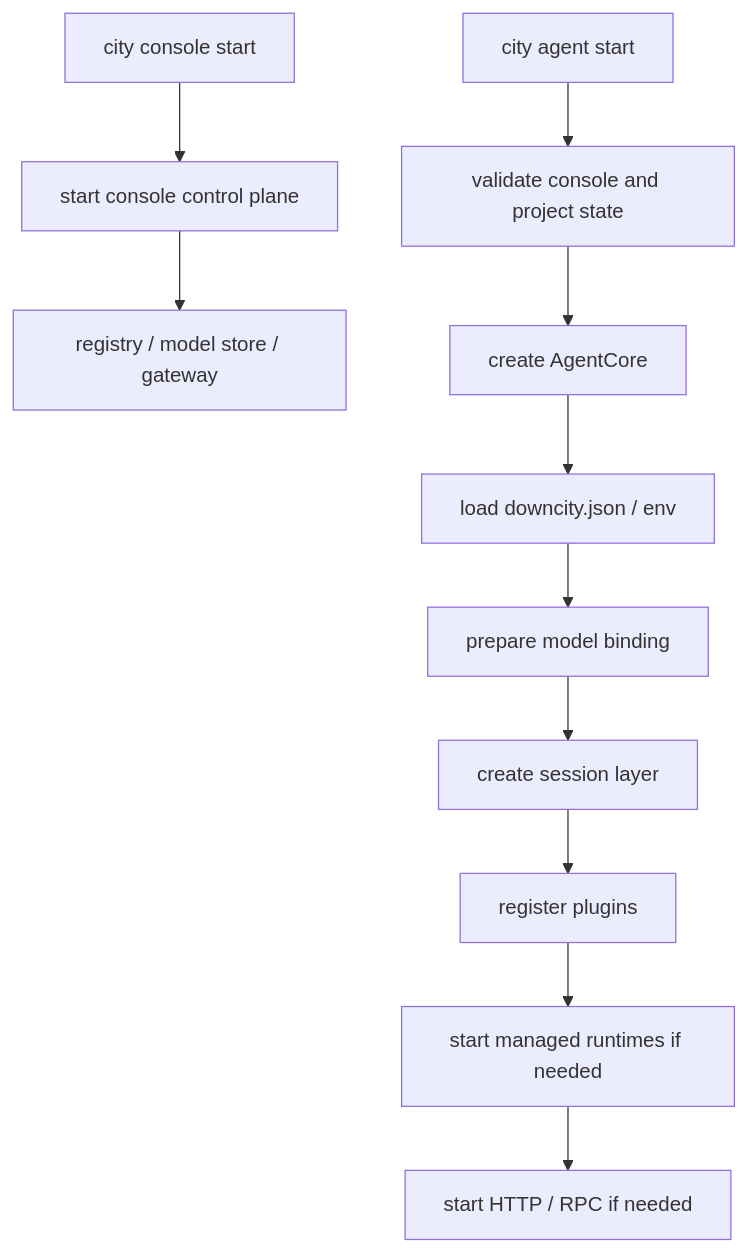
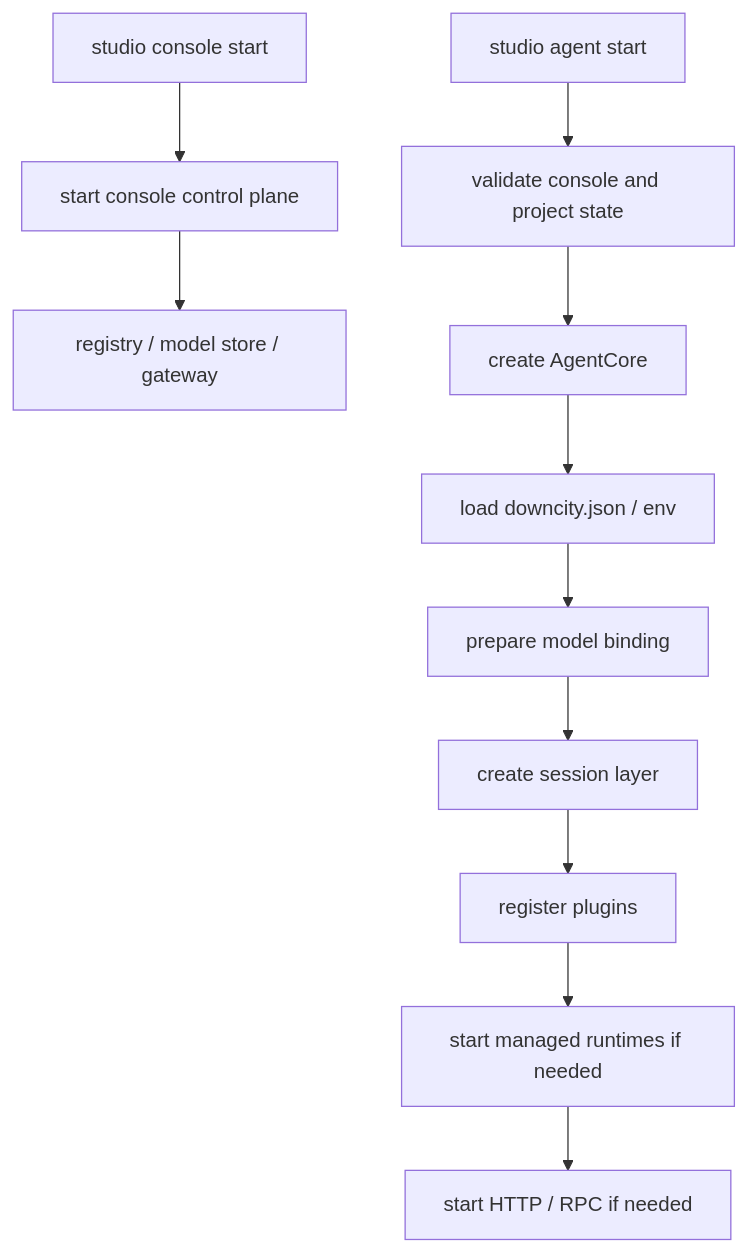
The second of 3 diagrams in homepage/content/devdocs/en/architecture/system-logic.mdx (wangenius/downcity), drawn with Mermaid before and after one commit. The commit also changed other lines of this file and 1024 other files, not shown here.

Commit message:
refactor: align city gate studio naming

````diff
--- a/homepage/content/devdocs/en/architecture/system-logic.mdx
+++ b/homepage/content/devdocs/en/architecture/system-logic.mdx
@@ -132,14 +132,14 @@
 ```mermaid
 flowchart TD
-  A["city console start"] --> B["start console control plane"]
+  A["studio console start"] --> B["start console control plane"]
   B --> C["registry / model store / gateway"]
 
-  D["city agent start"] --> E["validate console and project state"]
+  D["studio agent start"] --> E["validate console and project state"]
   E --> F["create AgentCore"]
   F --> G["load downcity.json / env"]
   G --> H["prepare model binding"]
   H --> I["create session layer"]
   I --> J["register plugins"]
   J --> K["start managed runtimes if needed"]
   K --> L["start HTTP / RPC if needed"]
 ```
````
